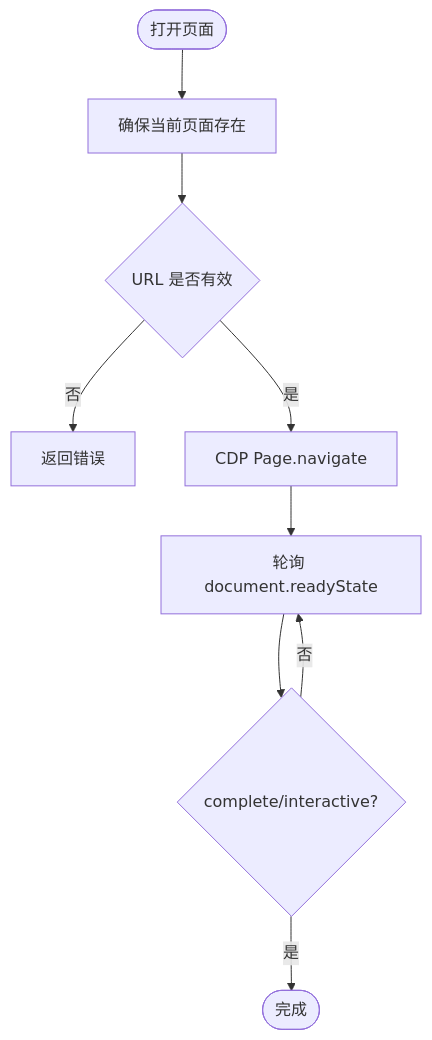
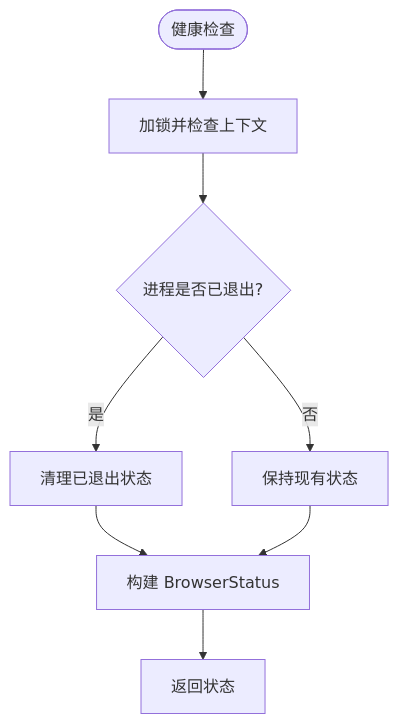
One commit to alvinwangzi/goodhr changed the sixth of 13 diagrams in .qoder/repowiki/zh/content/本地执行器/浏览器自动化/浏览器控制器/页面生命周期管理.md. Above: the diagram before and after it, drawn with Mermaid. The commit also changed other lines of this file and 149 other files, not shown here.

````diff
--- a/.qoder/repowiki/zh/content/本地执行器/浏览器自动化/浏览器控制器/页面生命周期管理.md
+++ b/.qoder/repowiki/zh/content/本地执行器/浏览器自动化/浏览器控制器/页面生命周期管理.md
@@ -195,11 +225,10 @@
 ```mermaid
 flowchart TD
-Open(["打开页面"]) --> Ensure["确保当前页面存在"]
-Ensure --> Validate{"URL 是否有效"}
-Validate --> |否| Error["返回错误"]
-Validate --> |是| Navigate["CDP Page.navigate"]
-Navigate --> WaitReady["轮询 document.readyState"]
-WaitReady --> Ready{"complete/interactive?"}
-Ready --> |是| Done(["完成"])
-Ready --> |否| WaitReady
+Health(["健康检查"]) --> Lock["加锁并检查上下文"]
+Lock --> CheckExited{"进程是否已退出?"}
+CheckExited --> |是| Cleanup["清理已退出状态"]
+CheckExited --> |否| KeepAlive["保持现有状态"]
+Cleanup --> BuildStatus["构建 BrowserStatus"]
+KeepAlive --> BuildStatus
+BuildStatus --> ReturnStatus["返回状态"]
 ```
````
